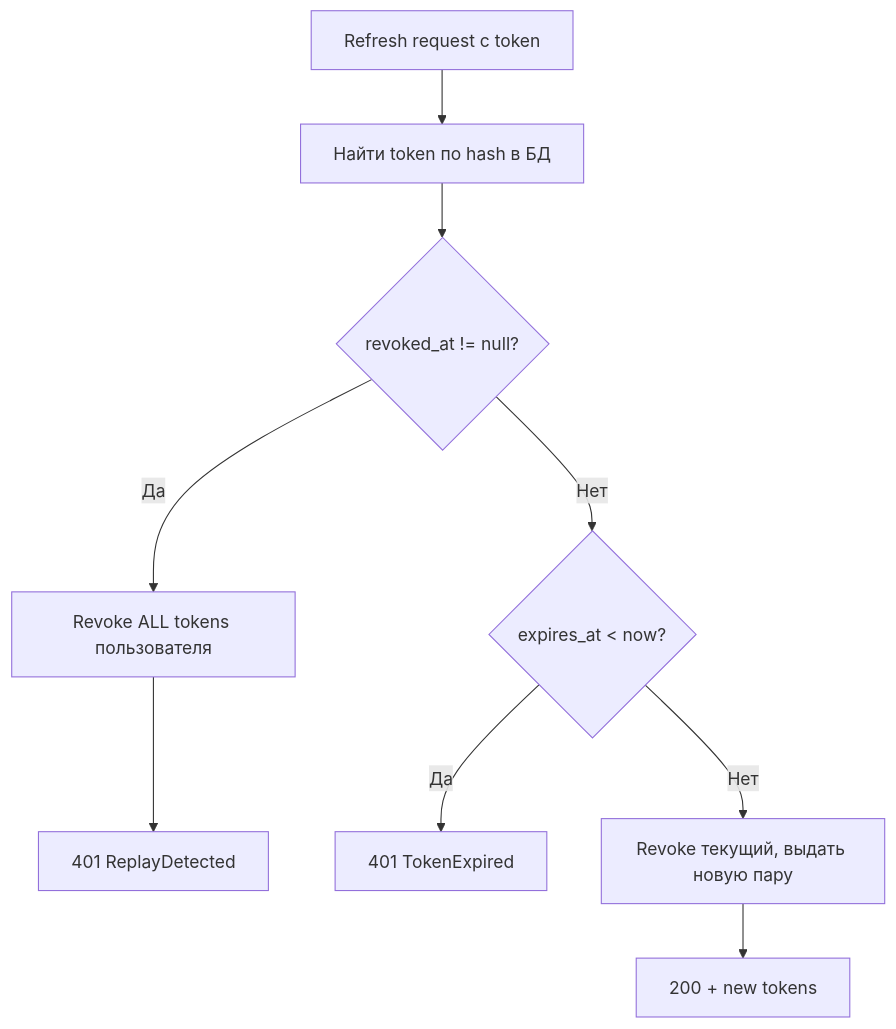
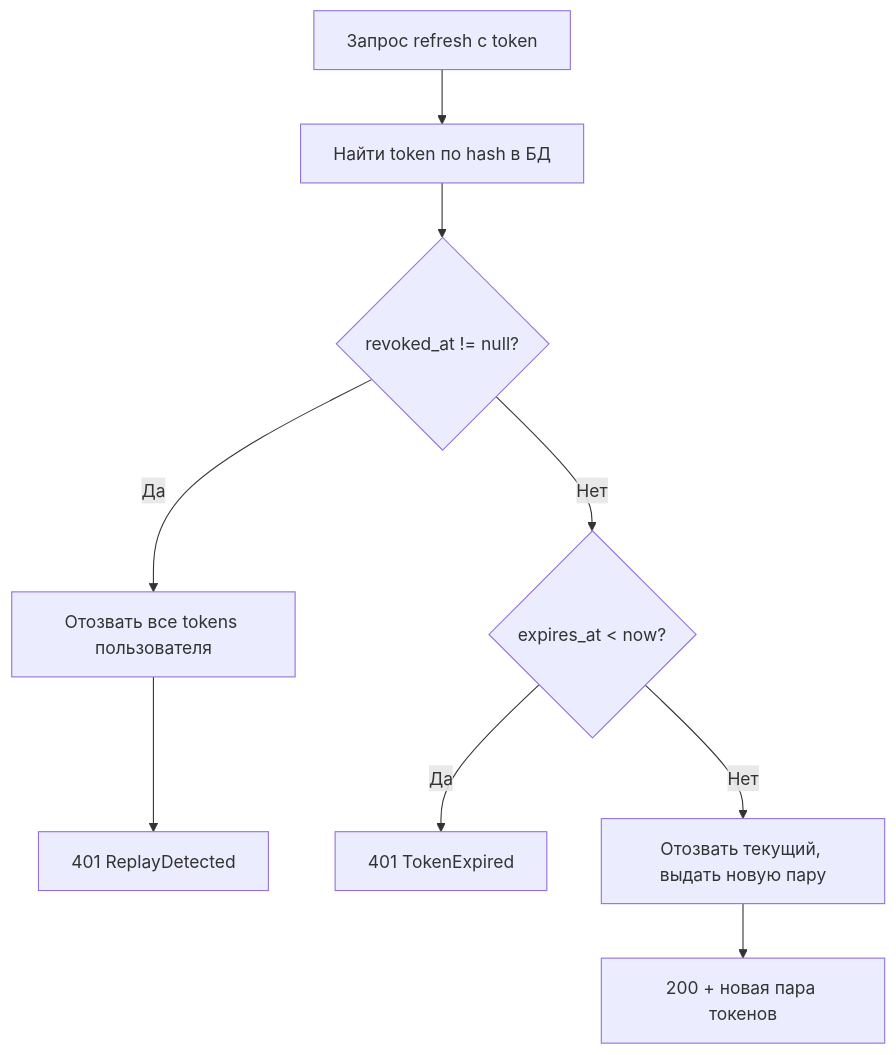
One commit to Bbar0n234/learnflow-ai changed the second of 3 diagrams in doc/tech/auth.md. Above: the diagram before and after it, drawn with Mermaid. The commit also changed other lines of this file and 1 other file, not shown here.

````diff
--- a/doc/tech/auth.md
+++ b/doc/tech/auth.md
@@ -57,11 +57,11 @@
 ```mermaid
 flowchart TD
-    REQ["Refresh request с token"] --> LOOKUP["Найти token по hash в БД"]
+    REQ["Запрос refresh с token"] --> LOOKUP["Найти token по hash в БД"]
     LOOKUP --> REVOKED{revoked_at != null?}
-    REVOKED -->|Да| ALARM["Revoke ALL tokens пользователя"]
+    REVOKED -->|Да| ALARM["Отозвать все tokens пользователя"]
     ALARM --> ERR401["401 ReplayDetected"]
     REVOKED -->|Нет| EXPIRED{expires_at < now?}
     EXPIRED -->|Да| ERR401E["401 TokenExpired"]
-    EXPIRED -->|Нет| ROTATE["Revoke текущий, выдать новую пару"]
-    ROTATE --> OK["200 + new tokens"]
+    EXPIRED -->|Нет| ROTATE["Отозвать текущий, выдать новую пару"]
+    ROTATE --> OK["200 + новая пара токенов"]
 ```
````
